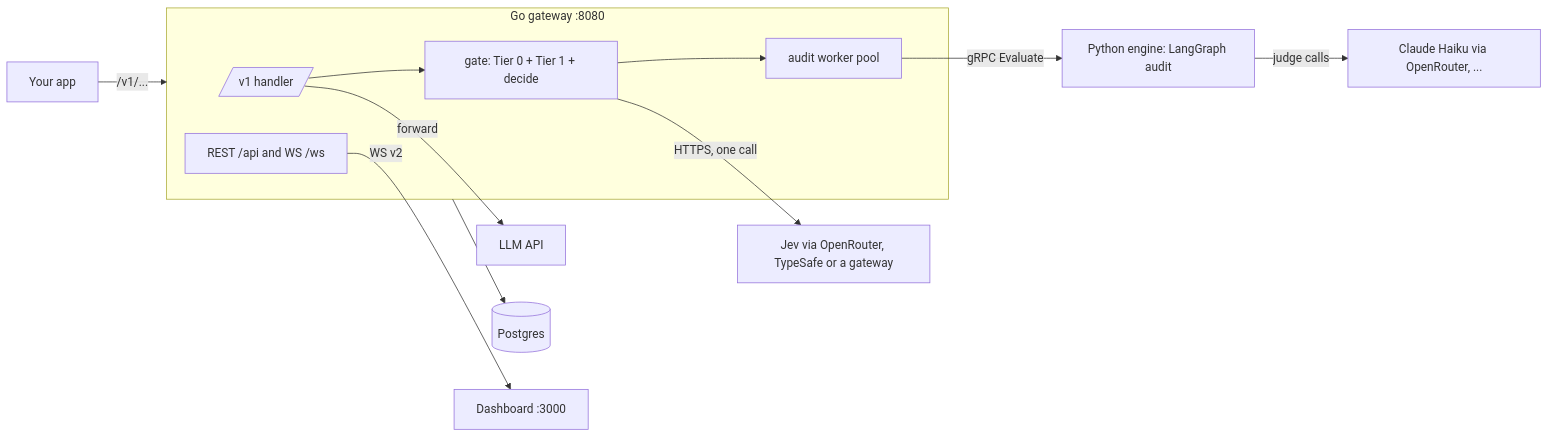
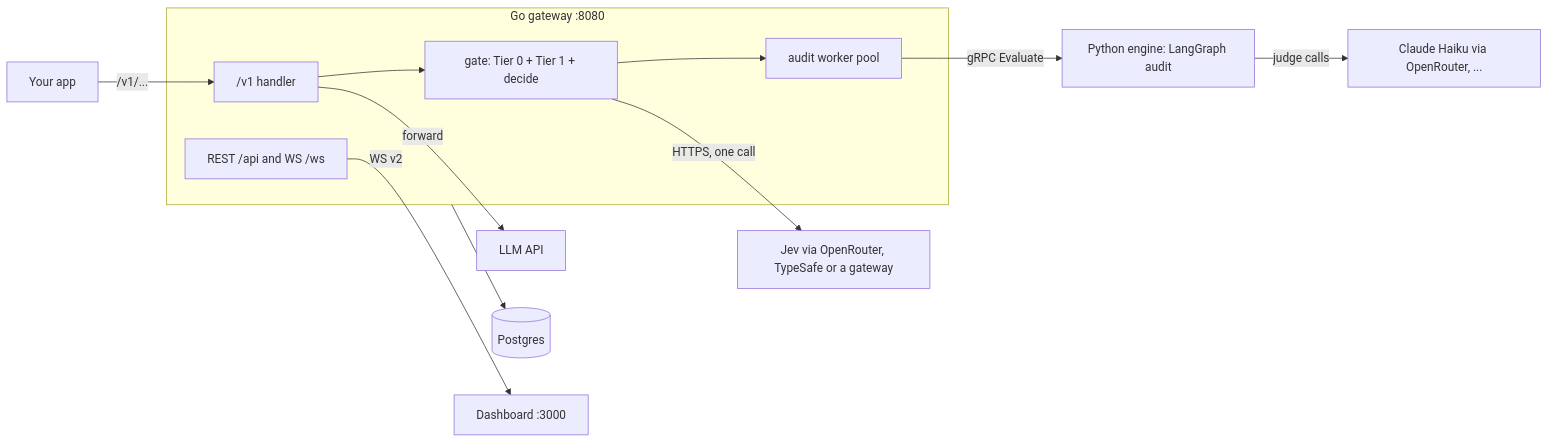
One commit to timkush1/TrustAgent changed the first of 2 diagrams in docs/WALKTHROUGH.md. Above: the diagram before and after it, drawn with Mermaid. The commit also changed 1 other file, not shown here.

Commit message:
docs: quote every new Mermaid label, so slashes and colons render as text

````diff
--- a/docs/WALKTHROUGH.md
+++ b/docs/WALKTHROUGH.md
@@ -87,15 +87,15 @@
 ```mermaid
 graph LR
-    App[Your app] -->|/v1/...| GW
-    subgraph GW[Go gateway :8080]
-        H[/v1 handler/] --> G[gate: Tier 0 + Tier 1 + decide]
-        G --> W[audit worker pool]
-        API[REST /api and WS /ws]
+    App["Your app"] -->|"/v1/..."| H
+    subgraph GW["Go gateway :8080"]
+        H["/v1 handler"] --> G["gate: Tier 0 + Tier 1 + decide"]
+        G --> W["audit worker pool"]
+        API["REST /api and WS /ws"]
     end
-    H -->|forward| LLM[LLM API]
-    G -->|HTTPS, one call| Jev[Jev via OpenRouter, TypeSafe or a gateway]
-    W -->|gRPC Evaluate| E[Python engine: LangGraph audit]
-    E -->|judge calls| Judge[Claude Haiku via OpenRouter, ...]
-    GW --> PG[(Postgres)]
-    API -->|WS v2| D[Dashboard :3000]
+    H -->|"forward"| LLM["LLM API"]
+    G -->|"HTTPS, one call"| Jev["Jev via OpenRouter, TypeSafe or a gateway"]
+    W -->|"gRPC Evaluate"| E["Python engine: LangGraph audit"]
+    E -->|"judge calls"| Judge["Claude Haiku via OpenRouter, ..."]
+    GW --> PG[("Postgres")]
+    API -->|"WS v2"| D["Dashboard :3000"]
 ```
````
